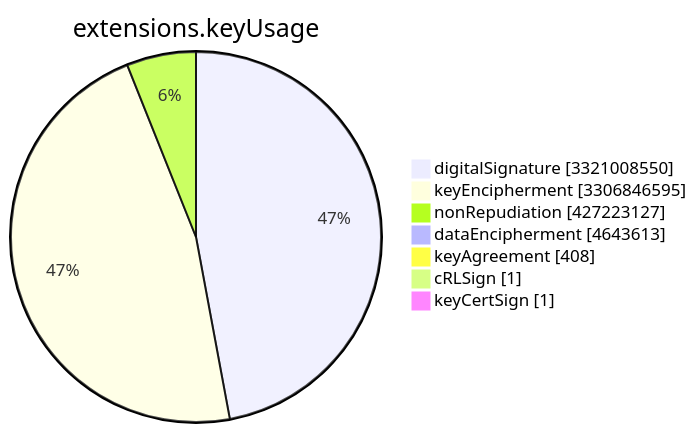
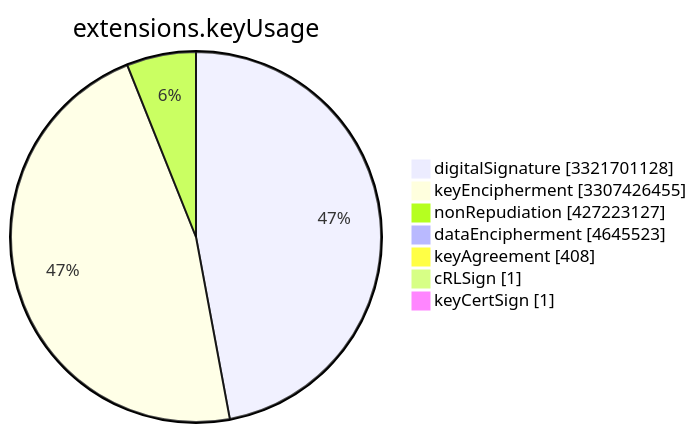
Before and after one commit to christiankrug/ctmonitor_visualization: the sixth of 15 diagrams in TOTAL/README.md, drawn with Mermaid. The commit also changed other lines of this file, not shown here.

````diff
--- a/TOTAL/README.md
+++ b/TOTAL/README.md
@@ -3078,11 +3078,11 @@
 ```mermaid
 pie showData
 title extensions.keyUsage
-"digitalSignature" :3321008550
-"keyEncipherment" :3306846595
+"digitalSignature" :3321701128
+"keyEncipherment" :3307426455
 "nonRepudiation" :427223127
-"dataEncipherment" :4643613
+"dataEncipherment" :4645523
 "keyAgreement" :408
 "cRLSign" :1
 "keyCertSign" :1
 ```
````
